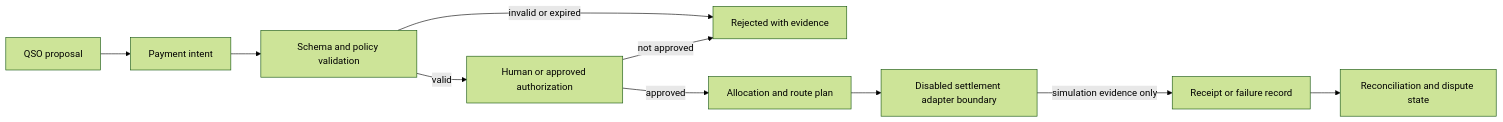
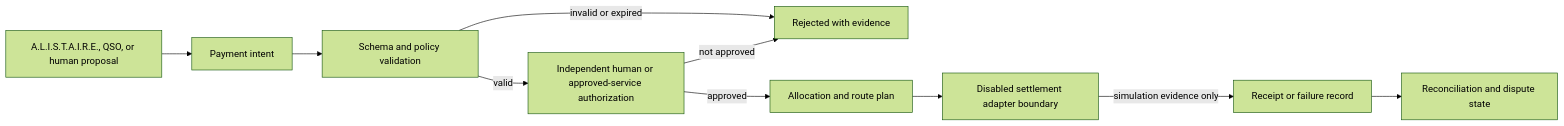
One commit to aevespers2/QSO-PAYMENTS changed the diagram in docs/PROJECT_GUIDE.md. Above: the diagram before and after it, drawn with Mermaid (forest theme). The commit also changed other lines of this file, not shown here.

````diff
--- a/docs/PROJECT_GUIDE.md
+++ b/docs/PROJECT_GUIDE.md
@@ -22,12 +30,12 @@
 ```mermaid
 flowchart LR
-    Q[QSO proposal] --> I[Payment intent]
+    Q[A.L.I.S.T.A.I.R.E., QSO, or human proposal] --> I[Payment intent]
     I --> V[Schema and policy validation]
     V -->|invalid or expired| X[Rejected with evidence]
-    V -->|valid| H[Human or approved authorization]
+    V -->|valid| H[Independent human or approved-service authorization]
     H -->|not approved| X
     H -->|approved| A[Allocation and route plan]
     A --> D[Disabled settlement adapter boundary]
     D -->|simulation evidence only| R[Receipt or failure record]
     R --> C[Reconciliation and dispute state]
 ```
````
